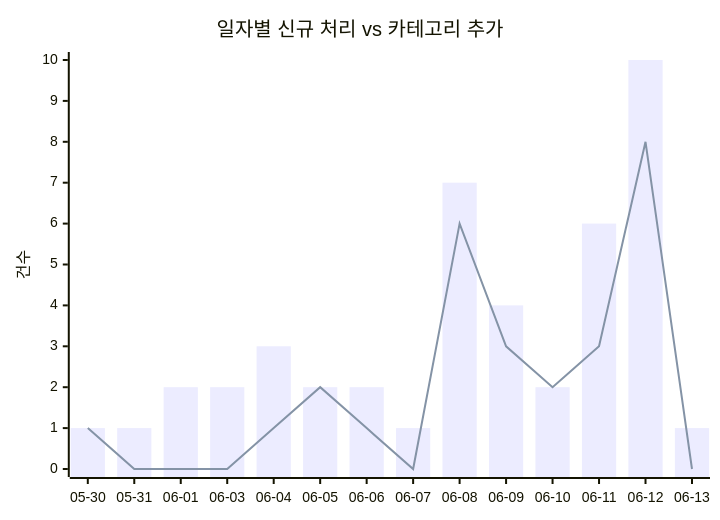
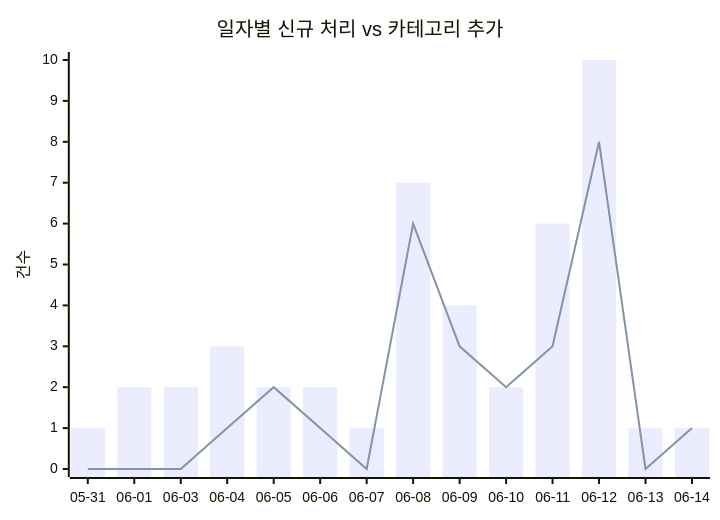
The first of 2 diagrams in docs/trends.md (J-nowcow/awesome-korean-agent-skills), drawn with Mermaid before and after one commit. The commit also changed other lines of this file and 4 other files, not shown here.

````diff
--- a/docs/trends.md
+++ b/docs/trends.md
@@ -32,8 +32,8 @@
 ```mermaid
 xychart-beta
     title "일자별 신규 처리 vs 카테고리 추가"
-    x-axis ["05-30","05-31","06-01","06-03","06-04","06-05","06-06","06-07","06-08","06-09","06-10","06-11","06-12","06-13"]
+    x-axis ["05-31","06-01","06-03","06-04","06-05","06-06","06-07","06-08","06-09","06-10","06-11","06-12","06-13","06-14"]
     y-axis "건수"
-    bar [1,1,2,2,3,2,2,1,7,4,2,6,10,1]
-    line [1,0,0,0,1,2,1,0,6,3,2,3,8,0]
+    bar [1,2,2,3,2,2,1,7,4,2,6,10,1,1]
+    line [0,0,0,1,2,1,0,6,3,2,3,8,0,1]
 ```
````
